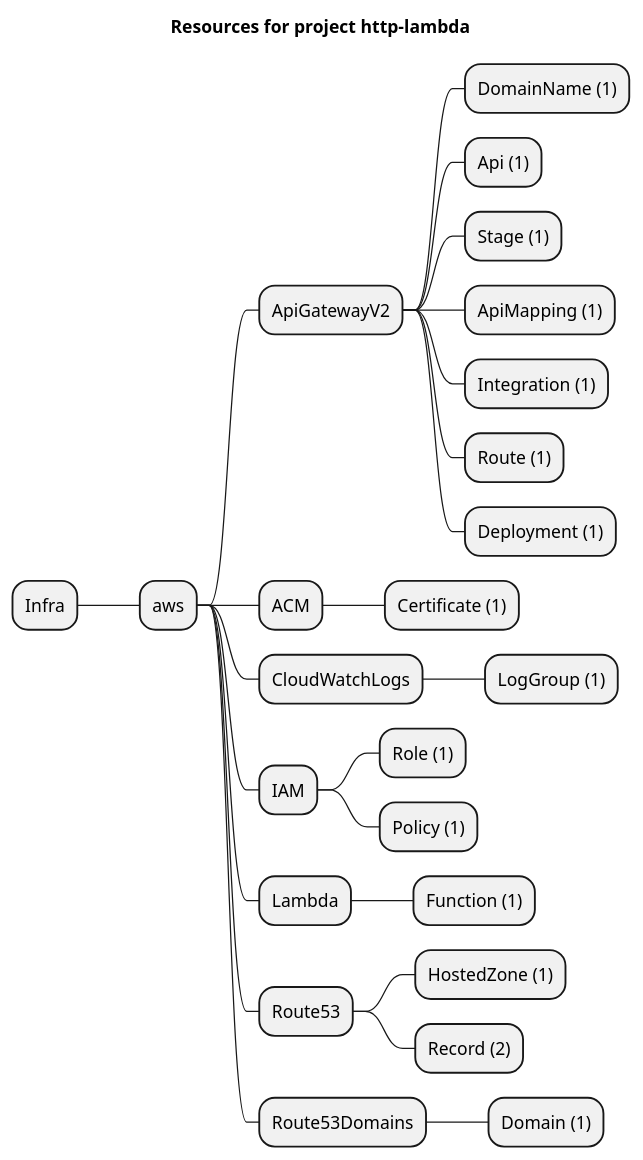
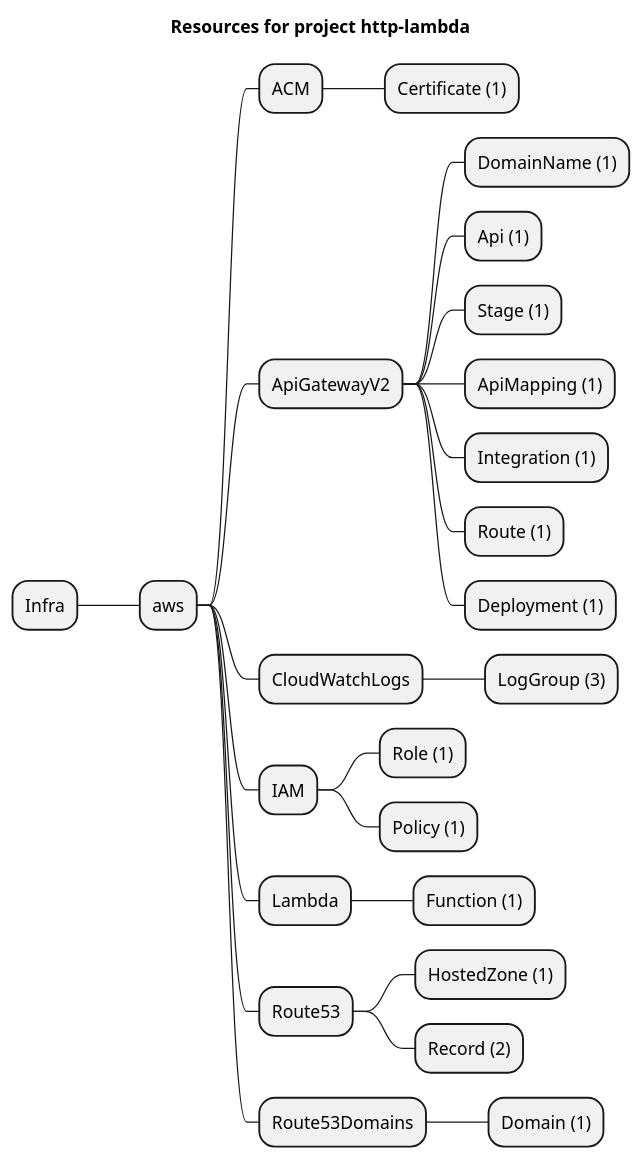
The diagram in examples/aws/ApiGatewayV2/http-lambda/artifacts/resources-mindmap.puml (grucloud/grucloud), drawn with PlantUML before and after one commit. The commit also changed 319 other files, not shown here.

```diff
--- a/examples/aws/ApiGatewayV2/http-lambda/artifacts/resources-mindmap.puml
+++ b/examples/aws/ApiGatewayV2/http-lambda/artifacts/resources-mindmap.puml
@@ -1,28 +1,28 @@
 @startmindmap
 title Resources for project http-lambda
 skinparam monochrome true
 + Infra
 ++ aws
++++ ACM
+++++ Certificate (1)
 +++ ApiGatewayV2
 ++++ DomainName (1)
 ++++ Api (1)
 ++++ Stage (1)
 ++++ ApiMapping (1)
 ++++ Integration (1)
 ++++ Route (1)
 ++++ Deployment (1)
-+++ ACM
-++++ Certificate (1)
 +++ CloudWatchLogs
-++++ LogGroup (1)
+++++ LogGroup (3)
 +++ IAM
 ++++ Role (1)
 ++++ Policy (1)
 +++ Lambda
 ++++ Function (1)
 +++ Route53
 ++++ HostedZone (1)
 ++++ Record (2)
 +++ Route53Domains
 ++++ Domain (1)
 @endmindmap
```
